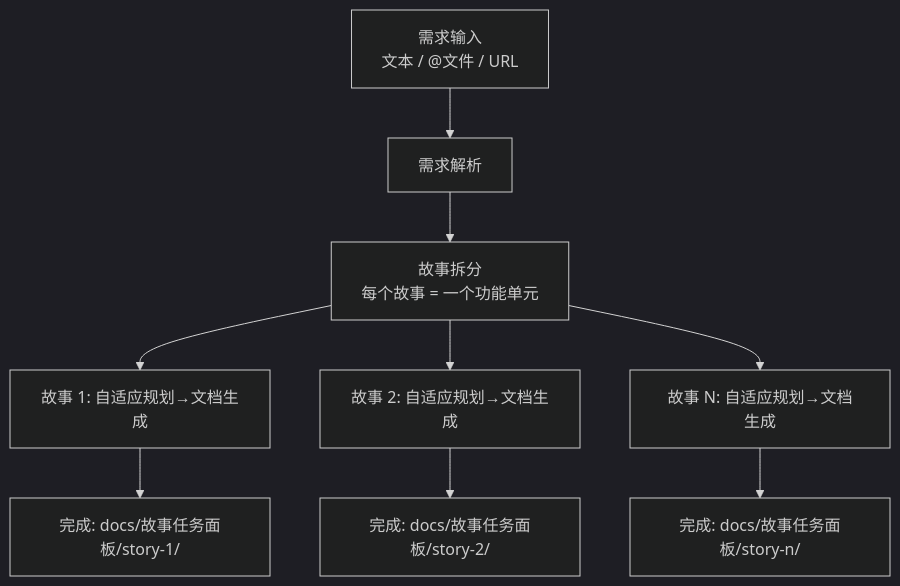
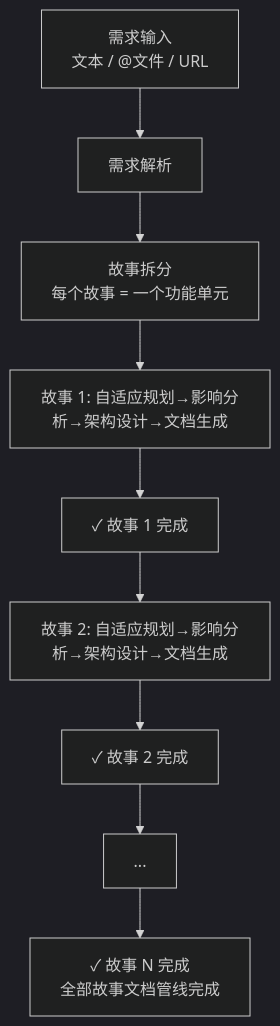
One commit to effiy/YrY changed the third of 10 diagrams in skills/rui/SKILL.md. Above: the diagram before and after it, drawn with Mermaid (dark theme). The commit also changed other lines of this file, not shown here.

````diff
--- a/skills/rui/SKILL.md
+++ b/skills/rui/SKILL.md
@@ -150,11 +150,11 @@
 ```mermaid
 flowchart TD
     INPUT["需求输入<br/>文本 / @文件 / URL"] --> PARSE["需求解析"]
     PARSE --> SPLIT["故事拆分<br/>每个故事 = 一个功能单元"]
-    SPLIT --> STORY1["故事 1: 自适应规划→文档生成"]
-    SPLIT --> STORY2["故事 2: 自适应规划→文档生成"]
-    SPLIT --> STORYN["故事 N: 自适应规划→文档生成"]
-    STORY1 --> DONE1["完成: docs/故事任务面板/story-1/"]
-    STORY2 --> DONE2["完成: docs/故事任务面板/story-2/"]
-    STORYN --> DONEN["完成: docs/故事任务面板/story-n/"]
+    SPLIT --> STORY1["故事 1: 自适应规划→影响分析→架构设计→文档生成"]
+    STORY1 --> DONE1["✓ 故事 1 完成"]
+    DONE1 --> STORY2["故事 2: 自适应规划→影响分析→架构设计→文档生成"]
+    STORY2 --> DONE2["✓ 故事 2 完成"]
+    DONE2 --> STORYN["..."]
+    STORYN --> DONEN["✓ 故事 N 完成<br/>全部故事文档管线完成"]
 ```
````
